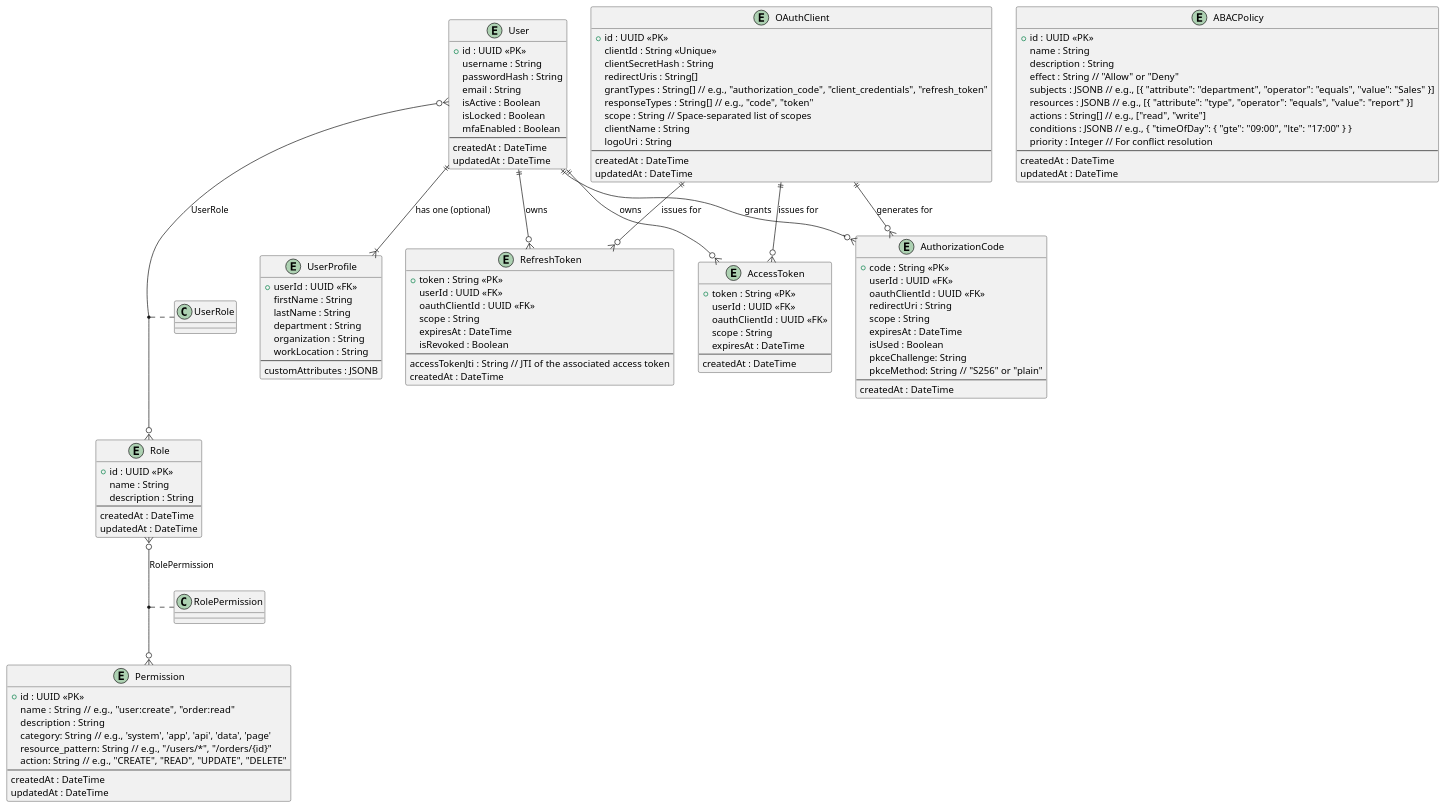
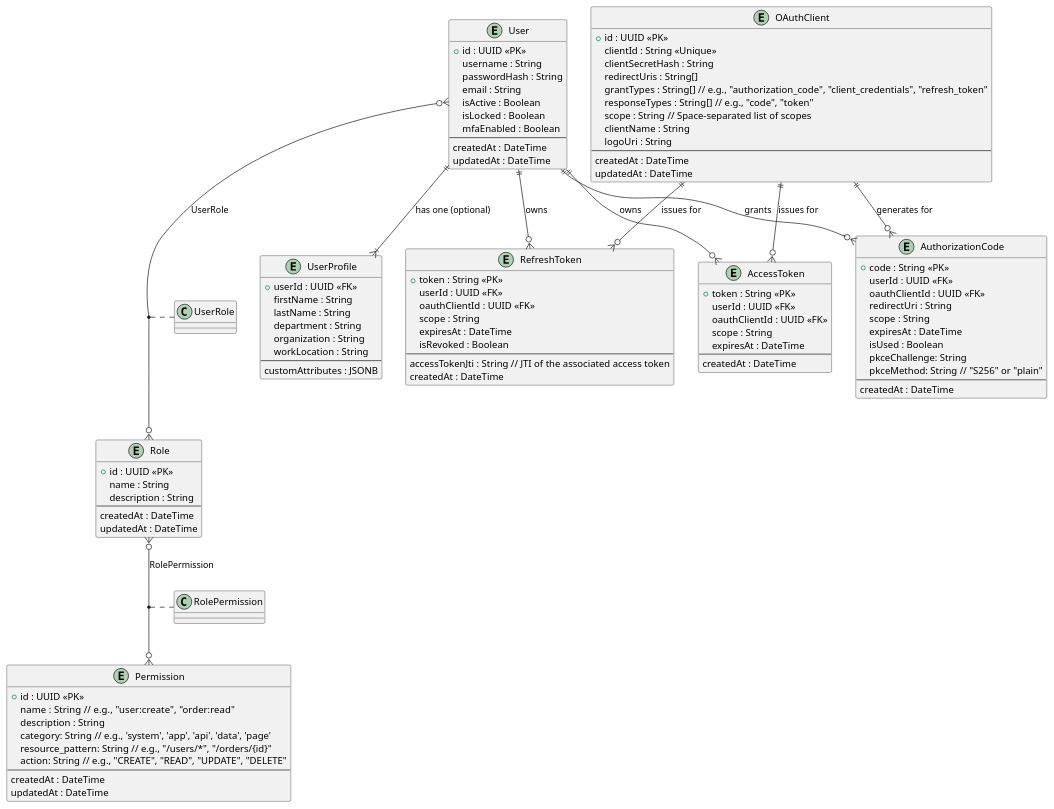
The first of 2 diagrams in scripts/design.md (anjing0524/ts-next), drawn with PlantUML before and after one commit. The commit also changed other lines of this file and 1 other file, not shown here.

Commit message:
fix: delete abac

````diff
--- a/scripts/design.md
+++ b/scripts/design.md
@@ -362,20 +331,7 @@
   createdAt : DateTime
 }
 
-entity ABACPolicy {
-  +id : UUID <<PK>>
-  name : String
-  description : String
-  effect : String // "Allow" or "Deny"
-  subjects : JSONB // e.g., [{ "attribute": "department", "operator": "equals", "value": "Sales" }]
-  resources : JSONB // e.g., [{ "attribute": "type", "operator": "equals", "value": "report" }]
-  actions : String[] // e.g., ["read", "write"]
-  conditions : JSONB // e.g., { "timeOfDay": { "gte": "09:00", "lte": "17:00" } }
-  priority : Integer // For conflict resolution
-  --
-  createdAt : DateTime
-  updatedAt : DateTime
-}
+
 
 ' Relationships
 User ||--|{ UserProfile : "has one (optional)"
@@ -395,8 +351,7 @@
 Role }o--o{ Permission : RolePermission
 (Role, Permission) . RolePermission
 
-' ABAC policies are evaluated against context, not directly linked in ERD this way
-' UserProfile attributes are used in ABAC subject conditions
+
 
 @enduml
 ```
````
